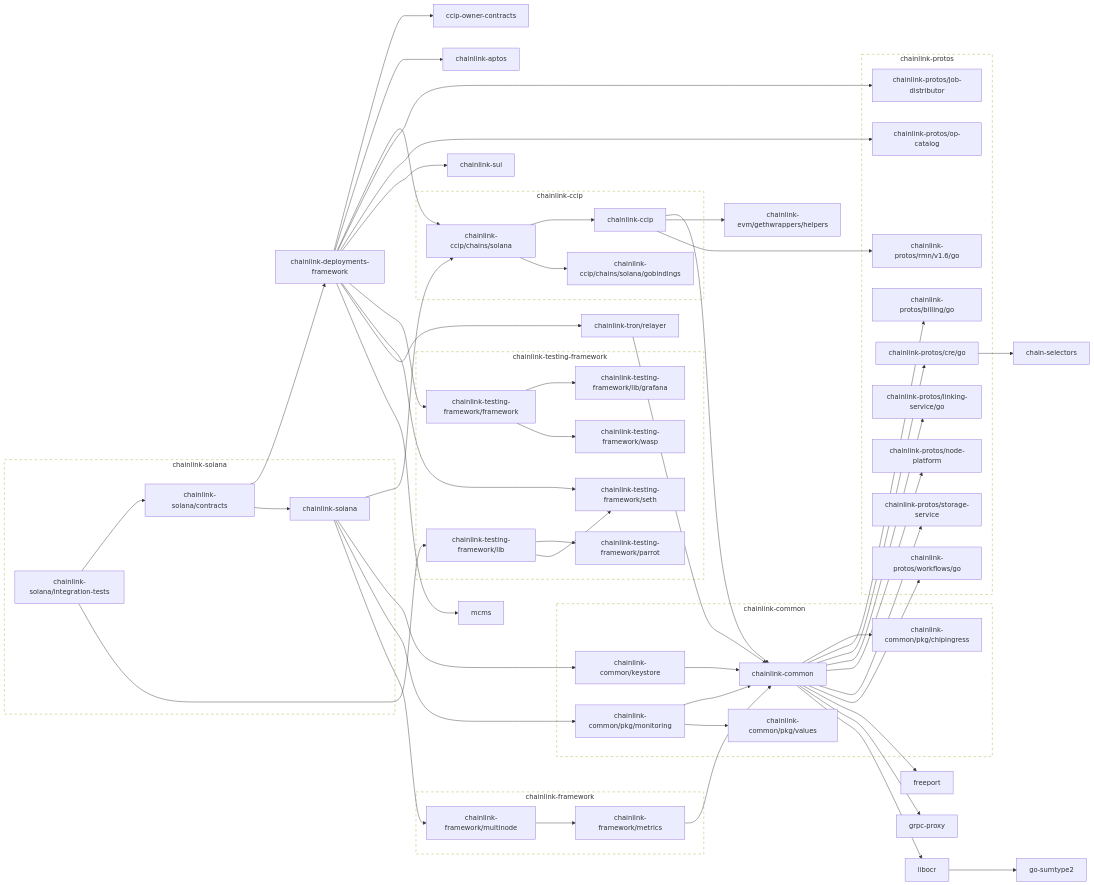
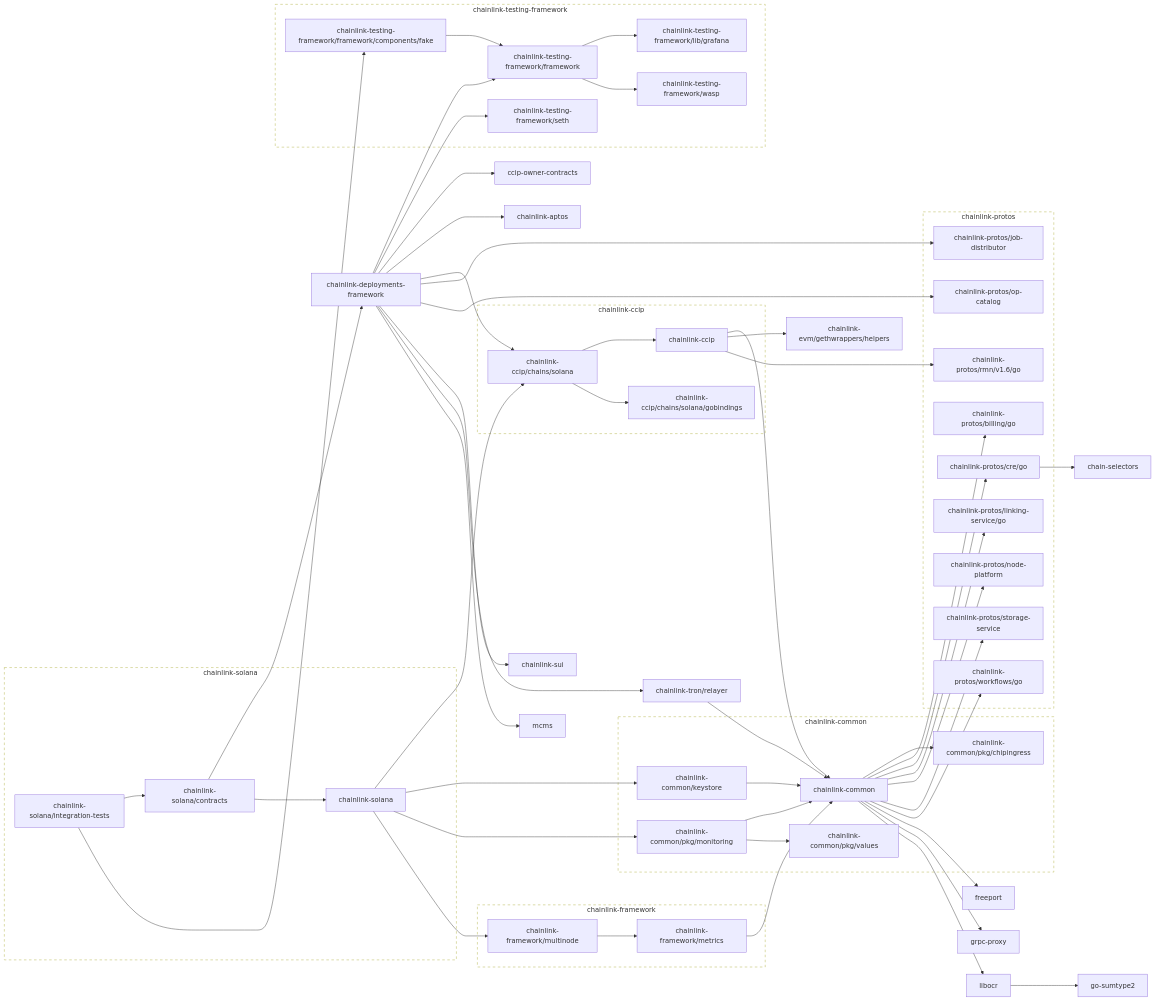
One commit to smartcontractkit/chainlink-solana changed the second of 2 diagrams in go.md. Above: the diagram before and after it, drawn with Mermaid. The commit also changed 1 other file, not shown here.

```diff
--- a/go.md
+++ b/go.md
@@ -187,20 +187,17 @@
 	chainlink-solana/contracts --> chainlink-solana
 	click chainlink-solana/contracts href "https://github.com/smartcontractkit/chainlink-solana"
 	chainlink-solana/integration-tests --> chainlink-solana/contracts
-	chainlink-solana/integration-tests --> chainlink-testing-framework/lib
+	chainlink-solana/integration-tests --> chainlink-testing-framework/framework/components/fake
 	click chainlink-solana/integration-tests href "https://github.com/smartcontractkit/chainlink-solana"
 	chainlink-sui
 	click chainlink-sui href "https://github.com/smartcontractkit/chainlink-sui"
 	chainlink-testing-framework/framework --> chainlink-testing-framework/lib/grafana
 	chainlink-testing-framework/framework --> chainlink-testing-framework/wasp
 	click chainlink-testing-framework/framework href "https://github.com/smartcontractkit/chainlink-testing-framework"
-	chainlink-testing-framework/lib --> chainlink-testing-framework/parrot
-	chainlink-testing-framework/lib --> chainlink-testing-framework/seth
-	click chainlink-testing-framework/lib href "https://github.com/smartcontractkit/chainlink-testing-framework"
+	chainlink-testing-framework/framework/components/fake --> chainlink-testing-framework/framework
+	click chainlink-testing-framework/framework/components/fake href "https://github.com/smartcontractkit/chainlink-testing-framework"
 	chainlink-testing-framework/lib/grafana
 	click chainlink-testing-framework/lib/grafana href "https://github.com/smartcontractkit/chainlink-testing-framework"
-	chainlink-testing-framework/parrot
-	click chainlink-testing-framework/parrot href "https://github.com/smartcontractkit/chainlink-testing-framework"
 	chainlink-testing-framework/seth
 	click chainlink-testing-framework/seth href "https://github.com/smartcontractkit/chainlink-testing-framework"
 	chainlink-testing-framework/wasp
@@ -262,9 +259,8 @@
 
 	subgraph chainlink-testing-framework-repo[chainlink-testing-framework]
 		 chainlink-testing-framework/framework
-		 chainlink-testing-framework/lib
+		 chainlink-testing-framework/framework/components/fake
 		 chainlink-testing-framework/lib/grafana
-		 chainlink-testing-framework/parrot
 		 chainlink-testing-framework/seth
 		 chainlink-testing-framework/wasp
 	end
```
